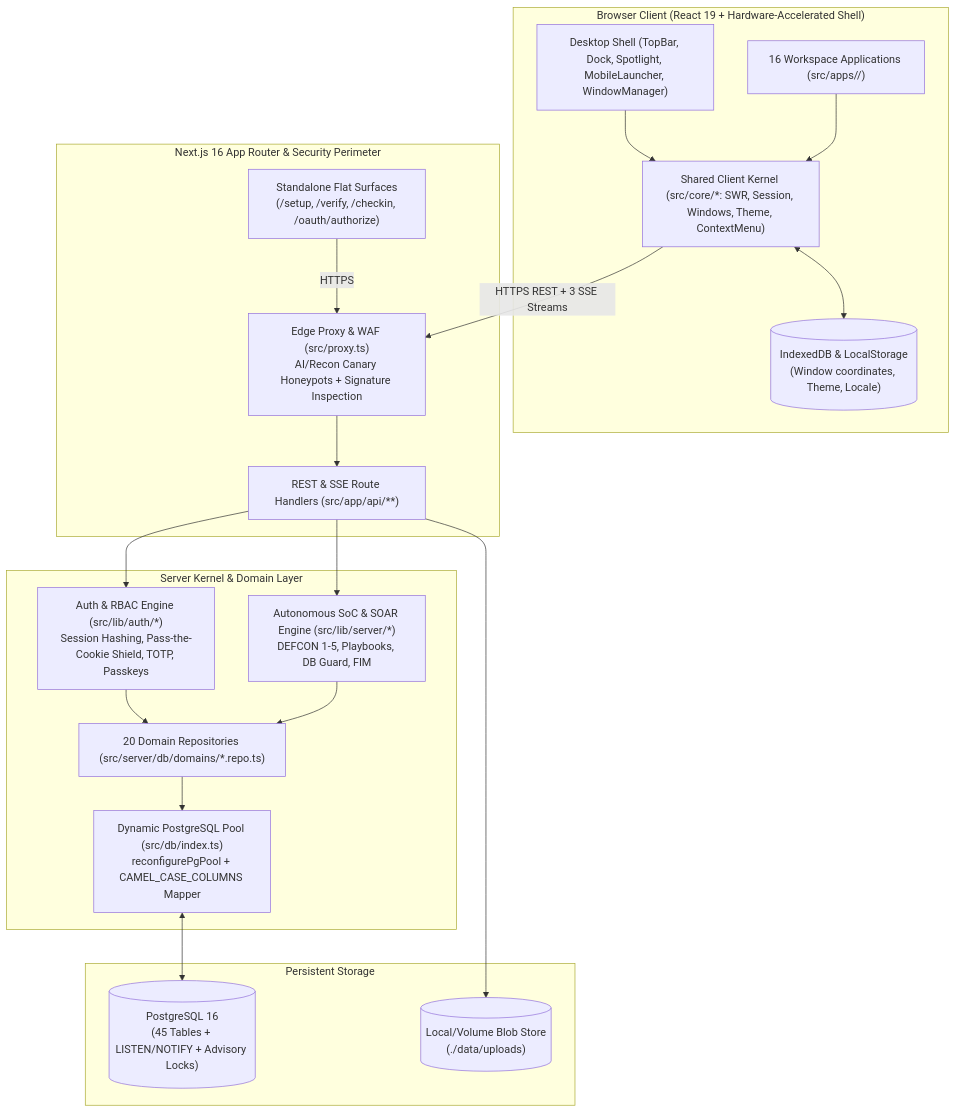
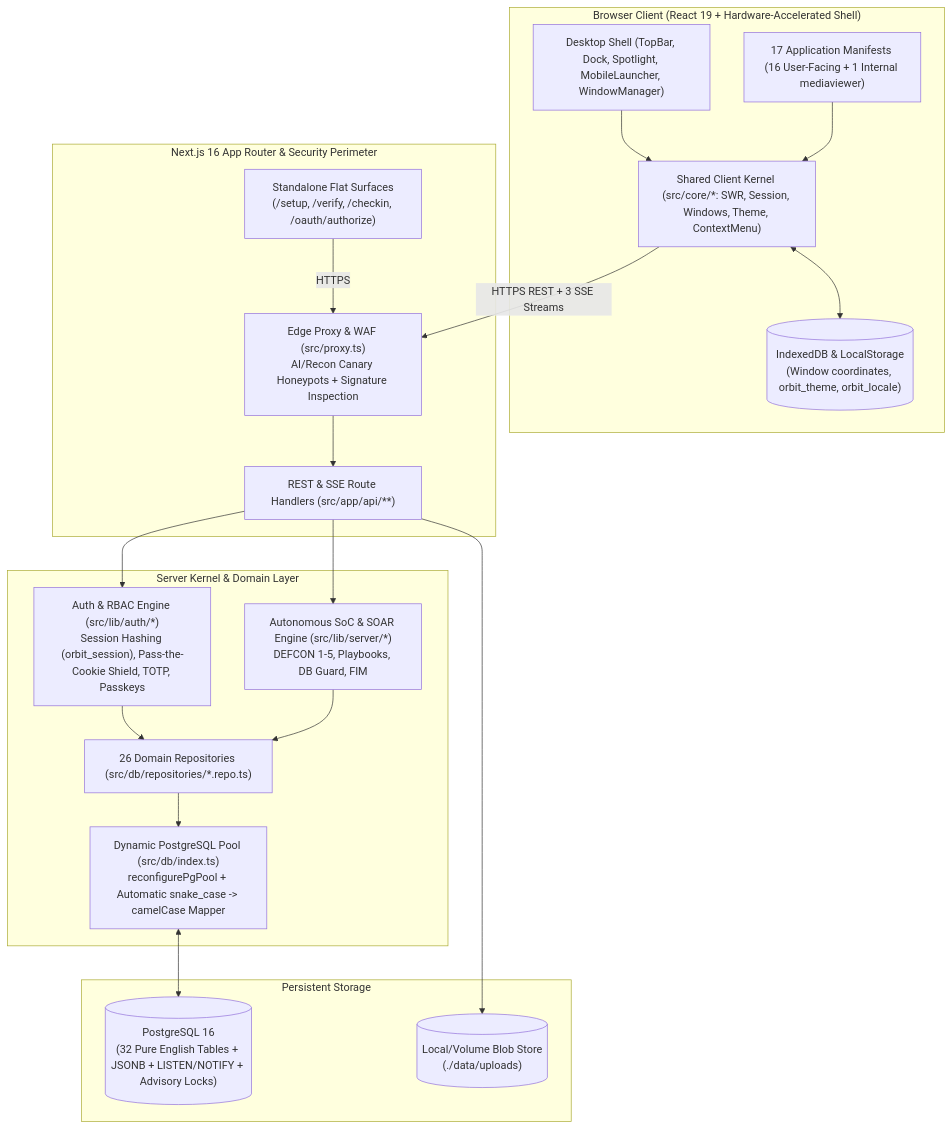
The diagram in docs/ARCHITECTURE.md (tetha42/orbit), drawn with Mermaid before and after one commit. The commit also changed other lines of this file and 250 other files, not shown here.

````diff
--- a/docs/ARCHITECTURE.md
+++ b/docs/ARCHITECTURE.md
@@ -27,41 +27,41 @@
 ```mermaid
 flowchart TD
     subgraph Client["Browser Client (React 19 + Hardware-Accelerated Shell)"]
         Shell["Desktop Shell (TopBar, Dock, Spotlight, MobileLauncher, WindowManager)"]
-        Apps["16 Workspace Applications (src/apps/<id>/)"]
+        Apps["17 Application Manifests (16 User-Facing + 1 Internal mediaviewer)"]
         Core["Shared Client Kernel (src/core/*: SWR, Session, Windows, Theme, ContextMenu)"]
-        IDB[("IndexedDB & LocalStorage\n(Window coordinates, Theme, Locale)")]
+        IDB[("IndexedDB & LocalStorage\n(Window coordinates, orbit_theme, orbit_locale)")]
     end
 
     subgraph Edge["Next.js 16 App Router & Security Perimeter"]
         Proxy["Edge Proxy & WAF (src/proxy.ts)\nAI/Recon Canary Honeypots + Signature Inspection"]
         API["REST & SSE Route Handlers (src/app/api/**)"]
         Standalone["Standalone Flat Surfaces\n(/setup, /verify, /checkin, /oauth/authorize)"]
     end
 
     subgraph Server["Server Kernel & Domain Layer"]
-        Auth["Auth & RBAC Engine (src/lib/auth/*)\nSession Hashing, Pass-the-Cookie Shield, TOTP, Passkeys"]
+        Auth["Auth & RBAC Engine (src/lib/auth/*)\nSession Hashing (orbit_session), Pass-the-Cookie Shield, TOTP, Passkeys"]
         SOAR["Autonomous SoC & SOAR Engine (src/lib/server/*)\nDEFCON 1-5, Playbooks, DB Guard, FIM"]
-        Repos["20 Domain Repositories (src/server/db/domains/*.repo.ts)"]
-        Pool["Dynamic PostgreSQL Pool (src/db/index.ts)\nreconfigurePgPool + CAMEL_CASE_COLUMNS Mapper"]
+        Repos["26 Domain Repositories (src/db/repositories/*.repo.ts)"]
+        Pool["Dynamic PostgreSQL Pool (src/db/index.ts)\nreconfigurePgPool + Automatic snake_case -> camelCase Mapper"]
     end
 
     subgraph Data["Persistent Storage"]
-        PG[("PostgreSQL 16\n(45 Tables + LISTEN/NOTIFY + Advisory Locks)")]
+        PG[("PostgreSQL 16\n(32 Pure English Tables + JSONB + LISTEN/NOTIFY + Advisory Locks)")]
         Uploads[("Local/Volume Blob Store\n(./data/uploads)")]
     end
 
     Shell --> Core
     Apps --> Core
     Core <--> IDB
     Core -->|"HTTPS REST + 3 SSE Streams"| Proxy
     Standalone -->|"HTTPS"| Proxy
     Proxy --> API
     API --> Auth
     API --> SOAR
     Auth --> Repos
     SOAR --> Repos
     Repos --> Pool
     Pool <--> PG
     API --> Uploads
 ```
````
